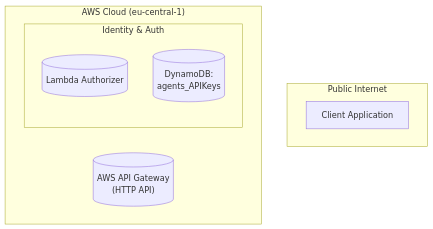
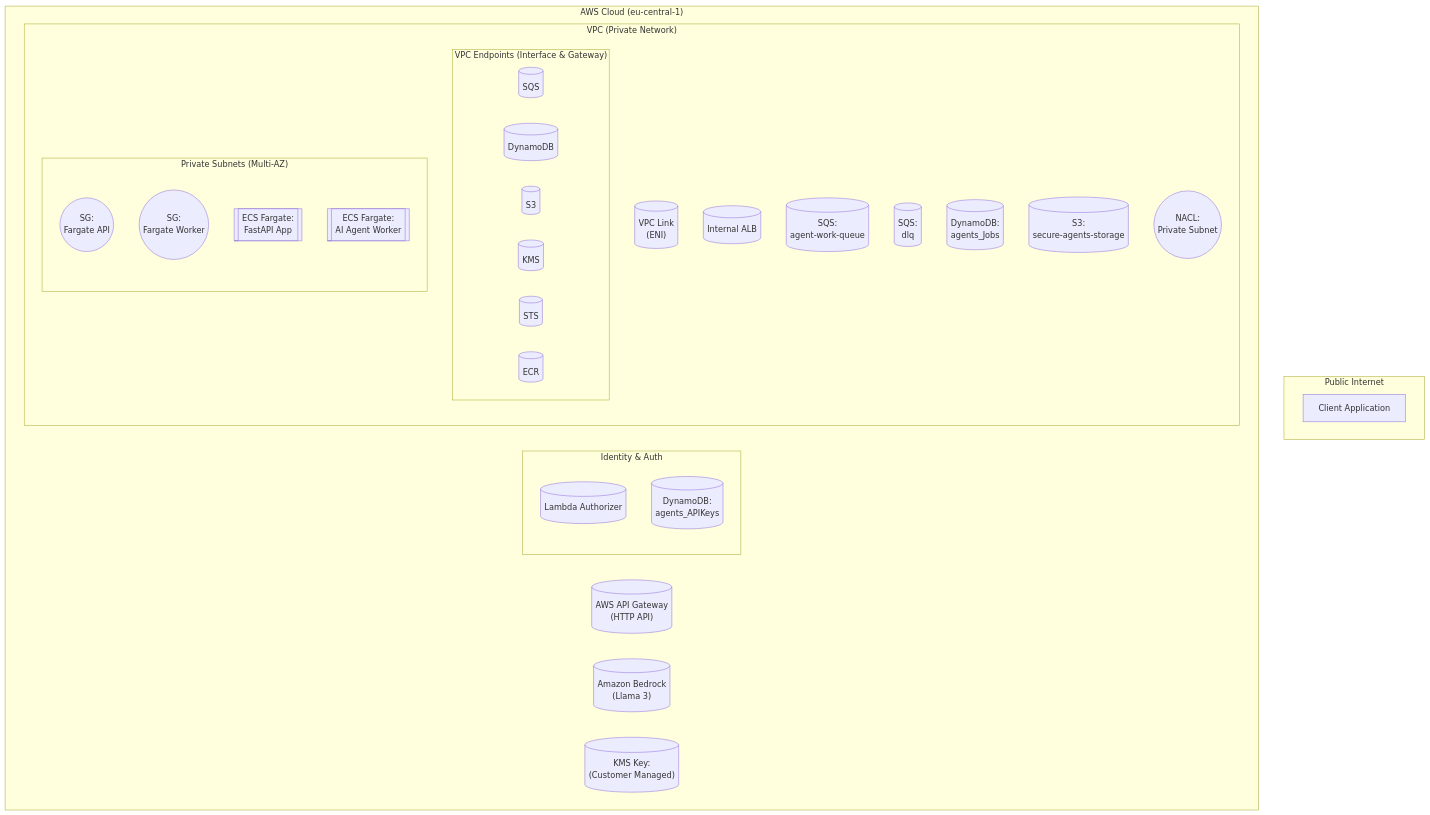
One commit to SteliosSpanos/secure-agents changed the diagram in README.md. Above: the diagram before and after it, drawn with Mermaid.

Commit message:
Adds mermaid diagram

````diff
--- a/README.md
+++ b/README.md
@@ -11,15 +11,47 @@
 ```mermaid
 graph TD
   subgraph PublicInternet["Public Internet"]
     Client[Client Application]
   end
 
   subgraph AWSCloud["AWS Cloud (eu-central-1)"]
     APIGW[("AWS API Gateway<br>(HTTP API)")]
 
     subgraph AuthLayer["Identity & Auth"]
       Authorizer[("Lambda Authorizer")]
       ApiKeysTable[("DynamoDB:<br>agents_APIKeys")]
     end
+
+    subgraph VPC["VPC (Private Network)"]
+      VpcLinkENI[("VPC Link<br>(ENI)")]
+      InternalALB[("Internal ALB")]
+
+      subgraph VpcEndpoints["VPC Endpoints (Interface & Gateway)"]
+        EndpointSQS[("SQS")]
+        EndpointDynamoDB[("DynamoDB")]
+        EndpointS3[("S3")]
+        EndpointKMS[("KMS")]
+        EndpointSTS[("STS")]
+        EndpointECR[("ECR")]
+      end
+
+      MainQueue[("SQS:<br>agent-work-queue")]
+      DlqQueue[("SQS:<br>dlq")]
+      JobsTable[("DynamoDB:<br>agents_Jobs")]
+      StorageBucket[("S3:<br>secure-agents-storage")]
+
+      NaclGate(("NACL:<br>Private Subnet"))
+
+      subgraph PrivateSubnets["Private Subnets (Multi-AZ)"]
+        SgApi(("SG:<br>Fargate API"))
+        SgWorker(("SG:<br>Fargate Worker"))
+
+        ApiService[["ECS Fargate:<br>FastAPI App"]]
+        WorkerService[["ECS Fargate:<br>AI Agent Worker"]]
+      end
+    end
+
+    BedrockService[("Amazon Bedrock<br>(Llama 3)")]
+    KmsKey[("KMS Key:<br>(Customer Managed)")]
   end
 ```
````
